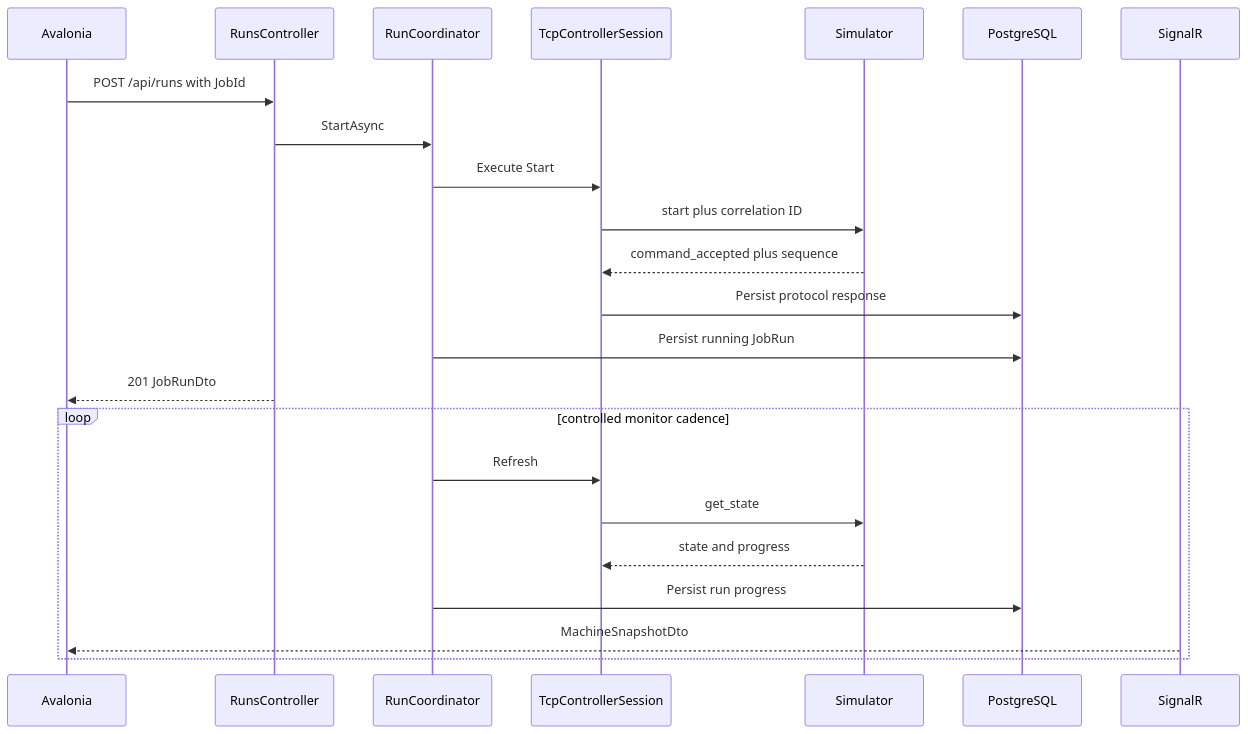
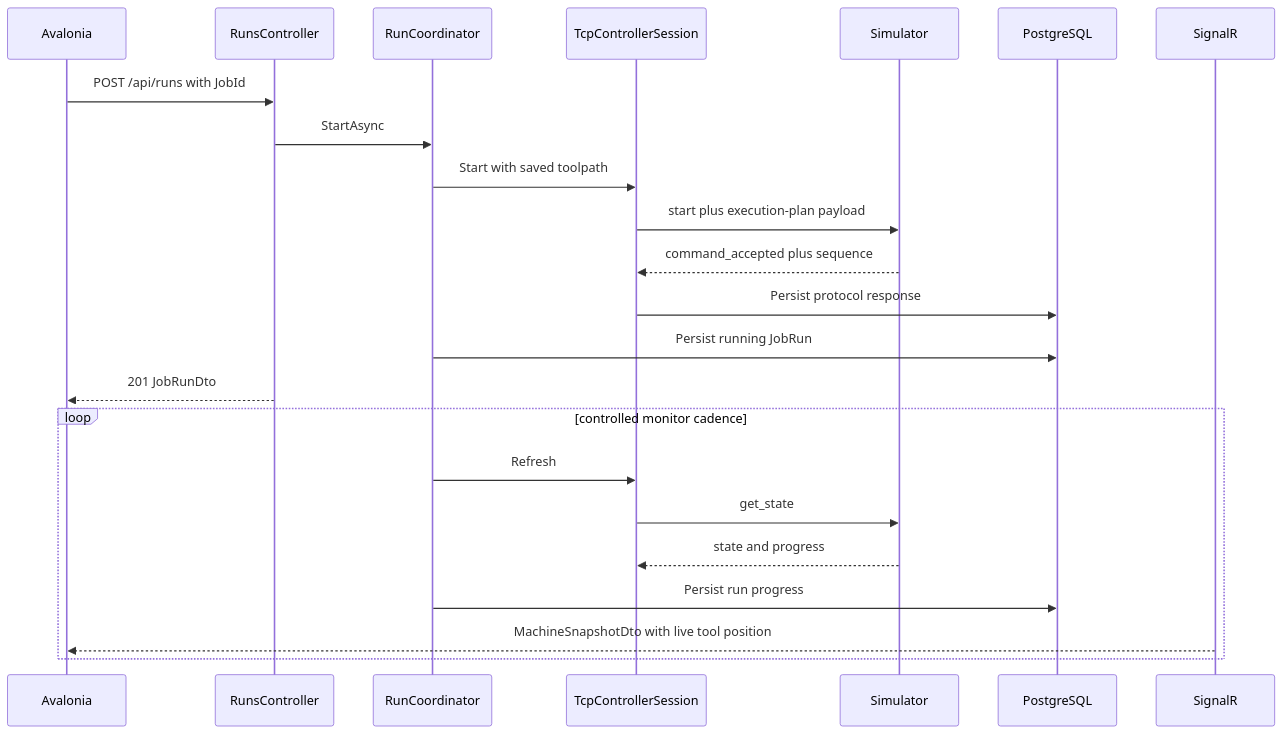
One commit to yottaverseltd/labs-machine-ops-workbench changed the first of 3 diagrams in docs/diagrams/critical-flows.md. Above: the diagram before and after it, drawn with Mermaid. The commit also changed 21 other files, not shown here.

Commit message:
Add live toolpath execution feedback (#9)

````diff
--- a/docs/diagrams/critical-flows.md
+++ b/docs/diagrams/critical-flows.md
@@ -5,26 +5,26 @@
 ```mermaid
 sequenceDiagram
     participant UI as Avalonia
     participant API as RunsController
     participant App as RunCoordinator
     participant TCP as TcpControllerSession
     participant Sim as Simulator
     participant DB as PostgreSQL
     participant Hub as SignalR
 
     UI->>API: POST /api/runs with JobId
     API->>App: StartAsync
-    App->>TCP: Execute Start
-    TCP->>Sim: start plus correlation ID
+    App->>TCP: Start with saved toolpath
+    TCP->>Sim: start plus execution-plan payload
     Sim-->>TCP: command_accepted plus sequence
     TCP->>DB: Persist protocol response
     App->>DB: Persist running JobRun
     API-->>UI: 201 JobRunDto
     loop controlled monitor cadence
         App->>TCP: Refresh
         TCP->>Sim: get_state
         Sim-->>TCP: state and progress
         App->>DB: Persist run progress
-        Hub-->>UI: MachineSnapshotDto
+        Hub-->>UI: MachineSnapshotDto with live tool position
     end
 ```
````
